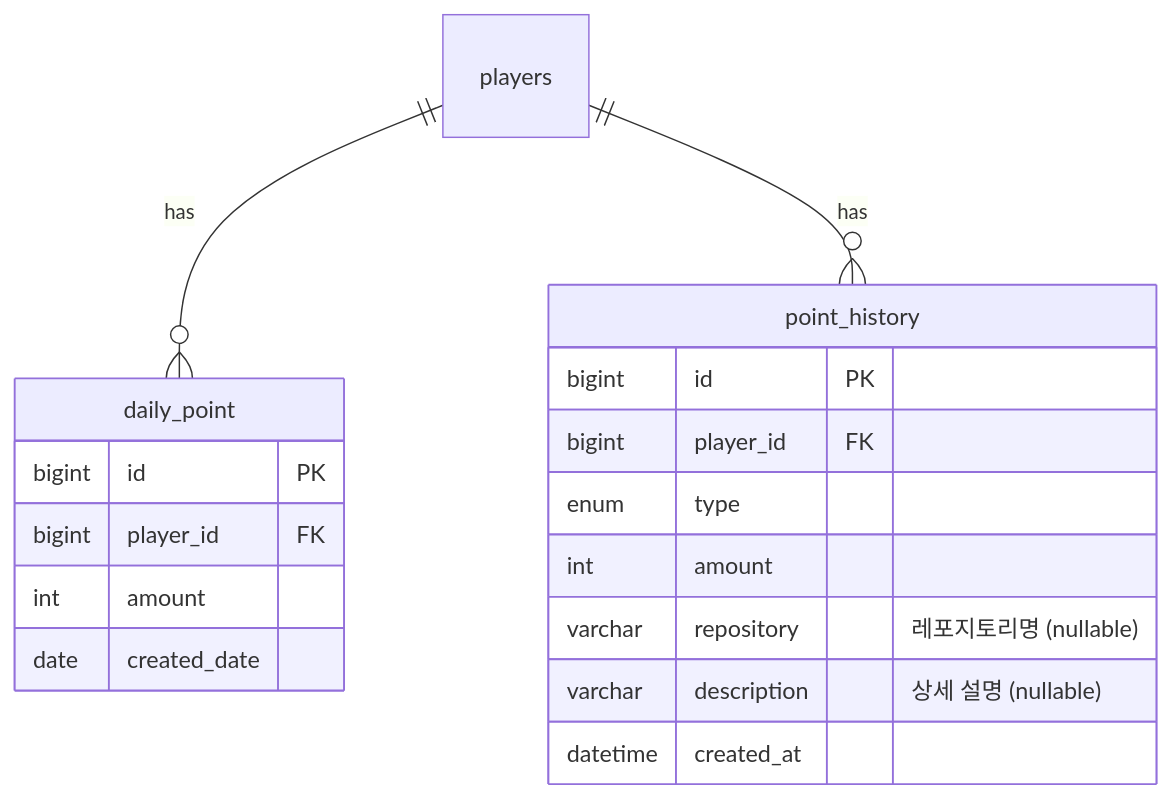
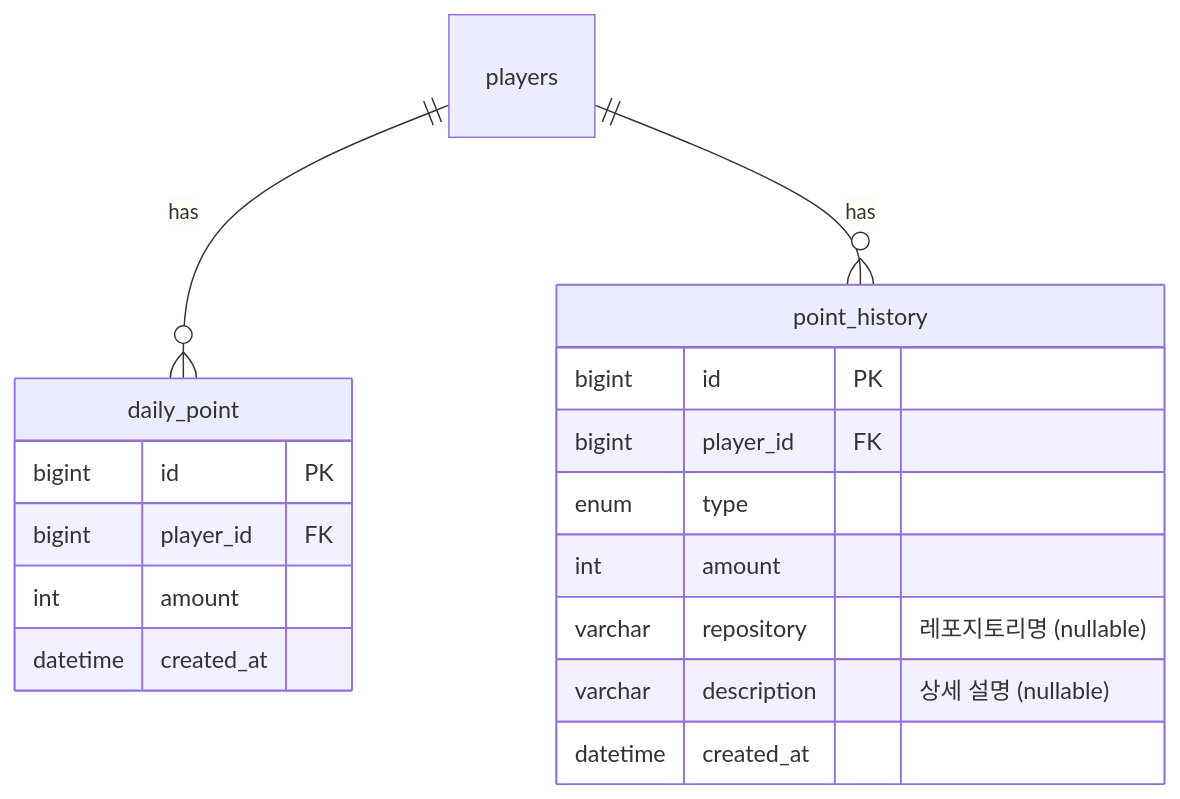
The fourth of 4 diagrams in docs/features/POINT_SYSTEM.md (boostcampwm2025/web19-estrogenquattro), drawn with Mermaid before and after one commit. The commit also changed other lines of this file and 97 other files, not shown here.

````diff
--- a/docs/features/POINT_SYSTEM.md
+++ b/docs/features/POINT_SYSTEM.md
@@ -270,22 +263,22 @@
 ```mermaid
 erDiagram
     players ||--o{ daily_point : has
     players ||--o{ point_history : has
 
     daily_point {
         bigint id PK
         bigint player_id FK
         int amount
-        date created_date
+        datetime created_at
     }
 
     point_history {
         bigint id PK
         bigint player_id FK
         enum type
         int amount
         varchar repository "레포지토리명 (nullable)"
         varchar description "상세 설명 (nullable)"
         datetime created_at
     }
 ```
````
